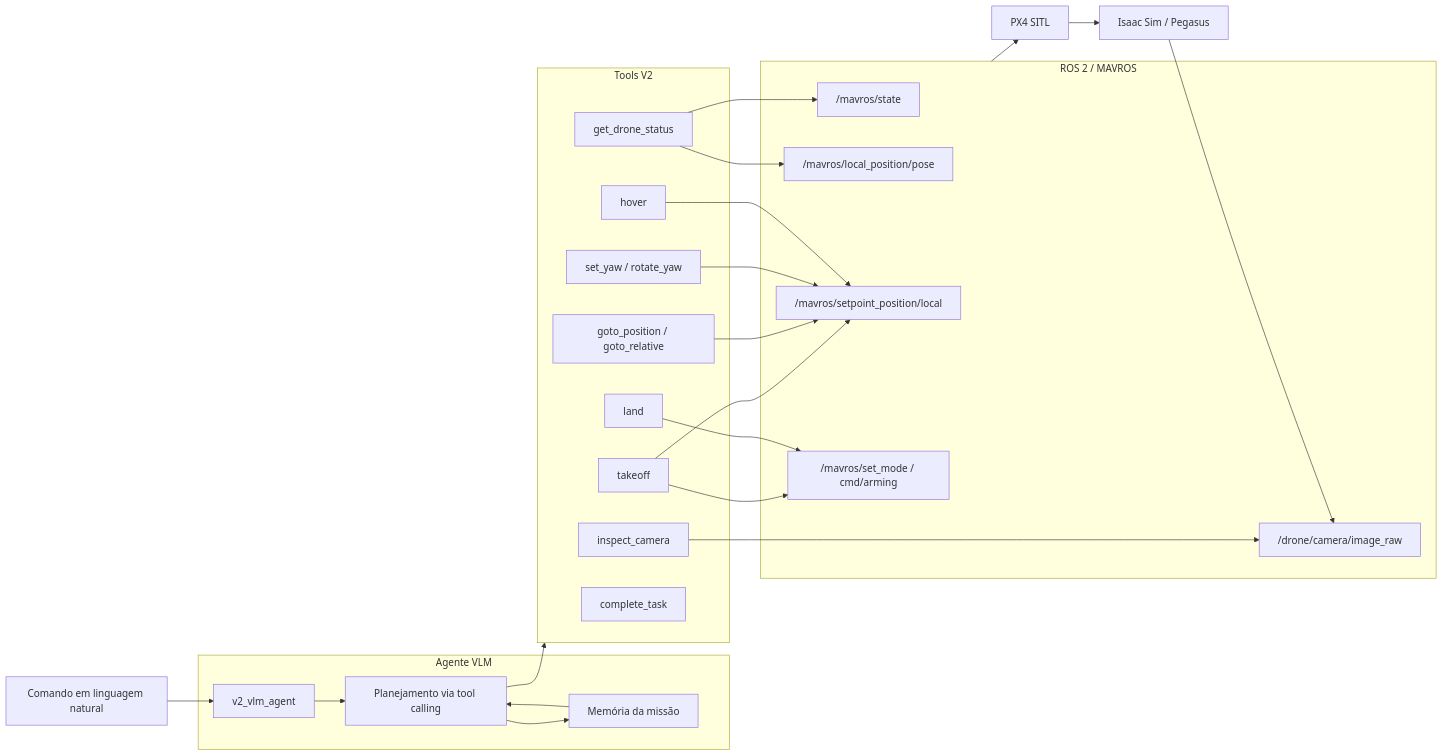
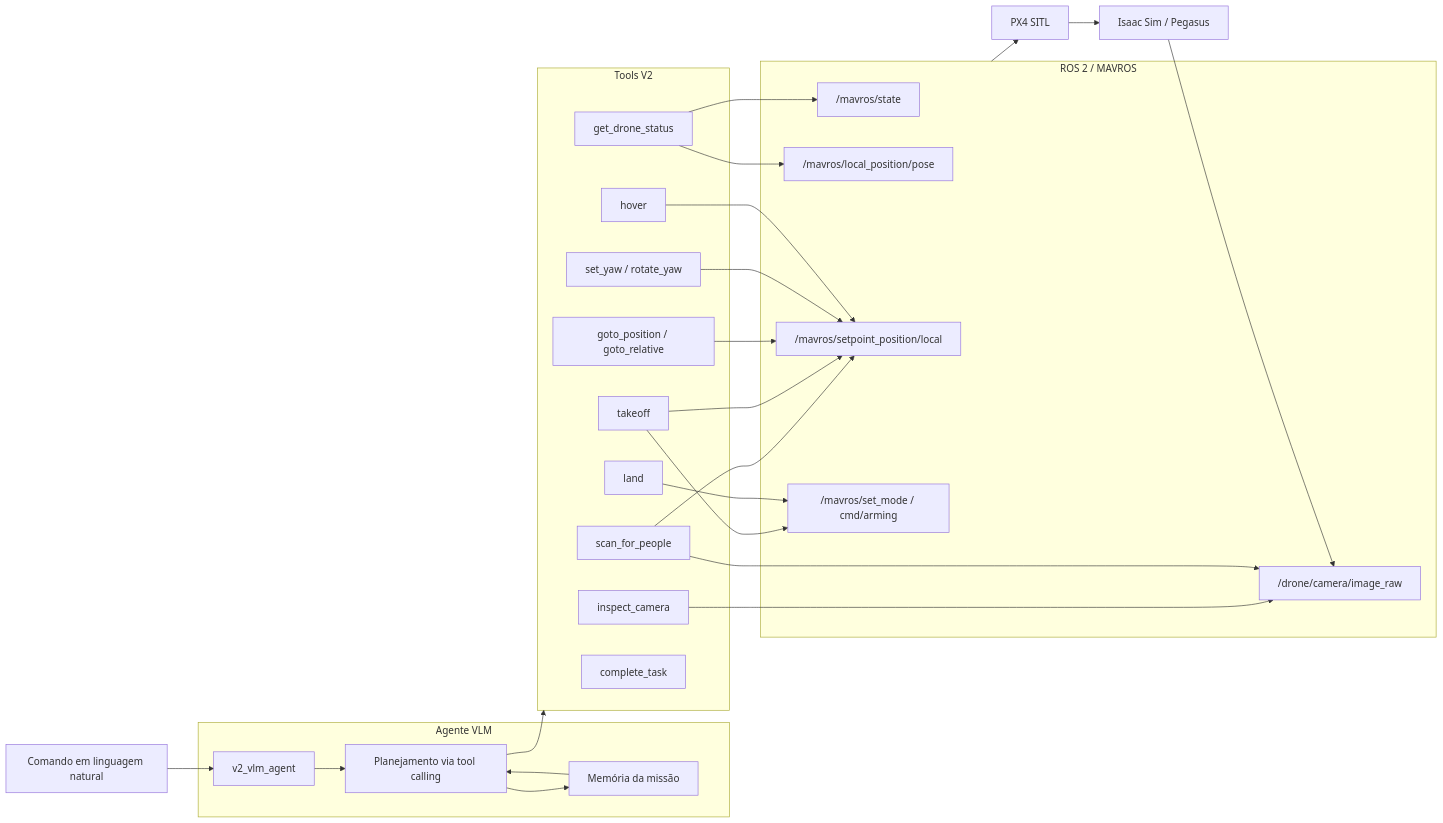
Before and after one commit to catolicasc/nlp-drone-tracking: the diagram in docs/v2_architecture.md, drawn with Mermaid. The commit also changed other lines of this file and 8 other files, not shown here.

````diff
--- a/docs/v2_architecture.md
+++ b/docs/v2_architecture.md
@@ -7,45 +7,48 @@
 ```mermaid
 flowchart LR
     UserInput["Comando em linguagem natural"] --> VlmAgent["v2_vlm_agent"]
 
     subgraph agentCore [Agente VLM]
         VlmAgent --> Planner["Planejamento via tool calling"]
         Planner --> Memory["Memória da missão"]
         Memory --> Planner
     end
 
     subgraph tools [Tools V2]
         StatusTool["get_drone_status"]
         CameraTool["inspect_camera"]
+        PeopleTool["scan_for_people"]
         TakeoffTool["takeoff"]
         GotoTool["goto_position / goto_relative"]
         YawTool["set_yaw / rotate_yaw"]
         HoverTool["hover"]
         LandTool["land"]
         FinishTool["complete_task"]
     end
 
     Planner --> tools
 
     subgraph rosStack [ROS 2 / MAVROS]
         MavrosState["/mavros/state"]
         MavrosPose["/mavros/local_position/pose"]
         MavrosSetpoint["/mavros/setpoint_position/local"]
         MavrosServices["/mavros/set_mode / cmd/arming"]
         CameraTopic["/drone/camera/image_raw"]
     end
 
     StatusTool --> MavrosState
     StatusTool --> MavrosPose
     CameraTool --> CameraTopic
+    PeopleTool --> CameraTopic
+    PeopleTool --> MavrosSetpoint
     TakeoffTool --> MavrosSetpoint
     TakeoffTool --> MavrosServices
     GotoTool --> MavrosSetpoint
     YawTool --> MavrosSetpoint
     HoverTool --> MavrosSetpoint
     LandTool --> MavrosServices
 
     rosStack --> Px4["PX4 SITL"]
     Px4 --> Isaac["Isaac Sim / Pegasus"]
     Isaac --> CameraTopic
 ```
````
